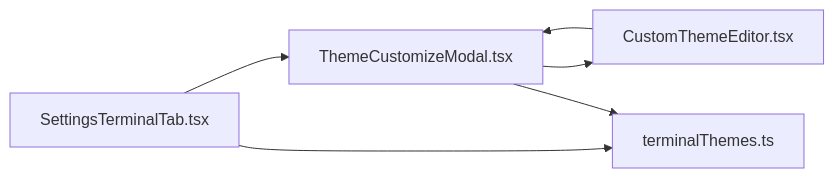
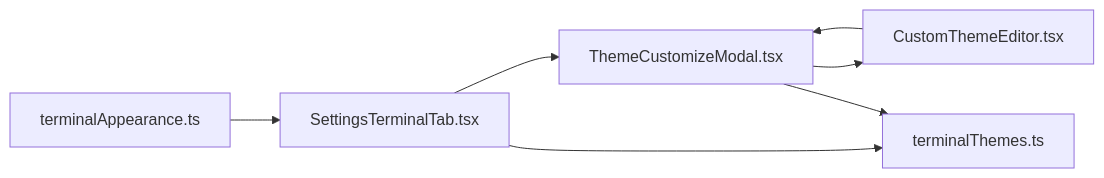
Before and after one commit to szeiyou/Netcatty: the seventh of 8 diagrams in .qoder/repowiki/zh/content/用户指南/终端功能/终端功能.md, drawn with Mermaid. The commit also changed other lines of this file and 6 other files, not shown here.

````diff
--- a/.qoder/repowiki/zh/content/用户指南/终端功能/终端功能.md
+++ b/.qoder/repowiki/zh/content/用户指南/终端功能/终端功能.md
@@ -287,8 +447,9 @@
 ```mermaid
 graph LR
 ST["SettingsTerminalTab.tsx"] --> SCM["ThemeCustomizeModal.tsx"]
 SCM --> CTE["CustomThemeEditor.tsx"]
 ST --> TTCONF["terminalThemes.ts"]
 SCM --> TTCONF
 CTE --> SCM
+TA["terminalAppearance.ts"] --> ST
 ```
````
